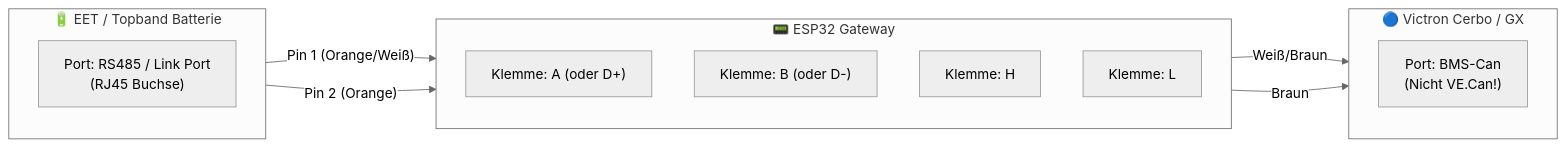
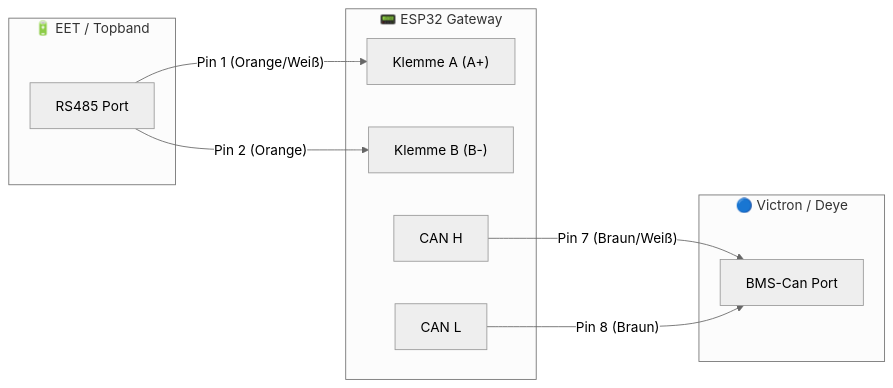
Before and after one commit to atomi23/Topband-BMS-to-CAN: the diagram in README.md, drawn with Mermaid (neutral theme). The commit also changed other lines of this file, not shown here.

First line of the commit message:
Revise README for Victron Gateway V125 updates

````diff
--- a/README.md
+++ b/README.md
@@ -80,26 +112,23 @@
 ```mermaid
 graph LR
-    subgraph BATTERIE ["🔋 EET / Topband Batterie"]
-        direction TB
-        B_Port["Port: RS485 / Link Port<br>(RJ45 Buchse)"]
+    subgraph BATTERIE ["🔋 EET / Topband"]
+        B_Port["RS485 Port"]
     end
 
     subgraph GATEWAY ["📟 ESP32 Gateway"]
-        direction TB
-        RS485_A["Klemme: A (oder D+)"]
-        RS485_B["Klemme: B (oder D-)"]
-        CAN_H["Klemme: H"]
-        CAN_L["Klemme: L"]
+        RS485_A["Klemme A (A+)"]
+        RS485_B["Klemme B (B-)"]
+        CAN_H["CAN H"]
+        CAN_L["CAN L"]
     end
 
-    subgraph VICTRON ["🔵 Victron Cerbo / GX"]
-        direction TB
-        V_Port["Port: BMS-Can<br>(Nicht VE.Can!)"]
+    subgraph INVERTER ["🔵 Victron / Deye"]
+        V_Port["BMS-Can Port"]
     end
 
     %% Verkabelung
     B_Port -- "Pin 1 (Orange/Weiß)" --> RS485_A
     B_Port -- "Pin 2 (Orange)" --> RS485_B
-    CAN_H -- "Weiß/Braun" --> V_Port
-    CAN_L -- "Braun" --> V_Port
+    CAN_H -- "Pin 7 (Braun/Weiß)" --> V_Port
+    CAN_L -- "Pin 8 (Braun)" --> V_Port
 ```
````
